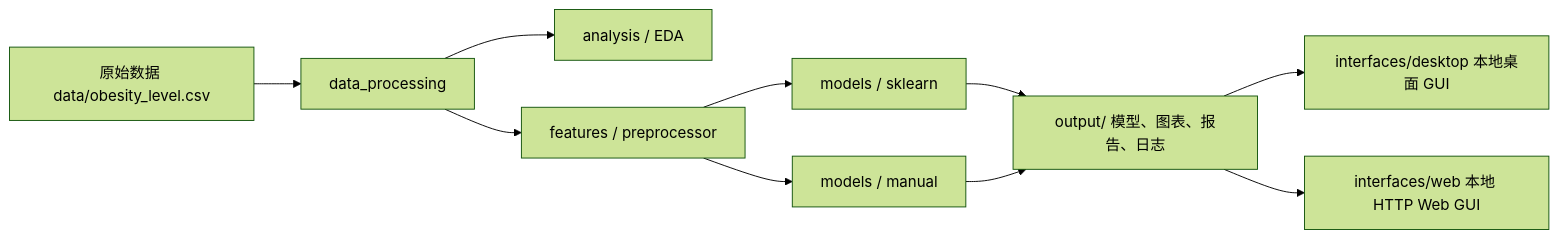
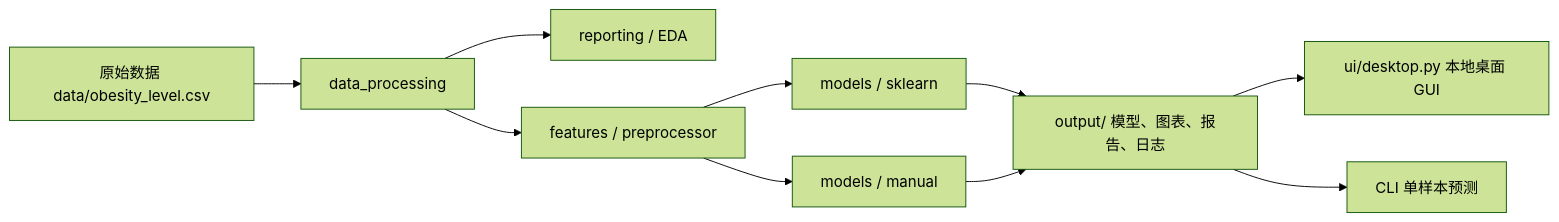
Before and after one commit to LiangYin-Zheng/2026-AI_CourseDesign: the diagram in README.md, drawn with Mermaid (forest theme). The commit also changed other lines of this file and 5 other files, not shown here.

````diff
--- a/README.md
+++ b/README.md
@@ -55,12 +53,12 @@
 ```mermaid
 flowchart LR
     A[原始数据 data/obesity_level.csv] --> B[data_processing]
-    B --> C[analysis / EDA]
+    B --> C[reporting / EDA]
     B --> D[features / preprocessor]
     D --> E1[models / sklearn]
     D --> E2[models / manual]
     E1 --> F[output/ 模型、图表、报告、日志]
     E2 --> F
-    F --> G1[interfaces/desktop 本地桌面 GUI]
-    F --> G2[interfaces/web 本地 HTTP Web GUI]
+    F --> G1[ui/desktop.py 本地桌面 GUI]
+    F --> G2[CLI 单样本预测]
 ```
````
